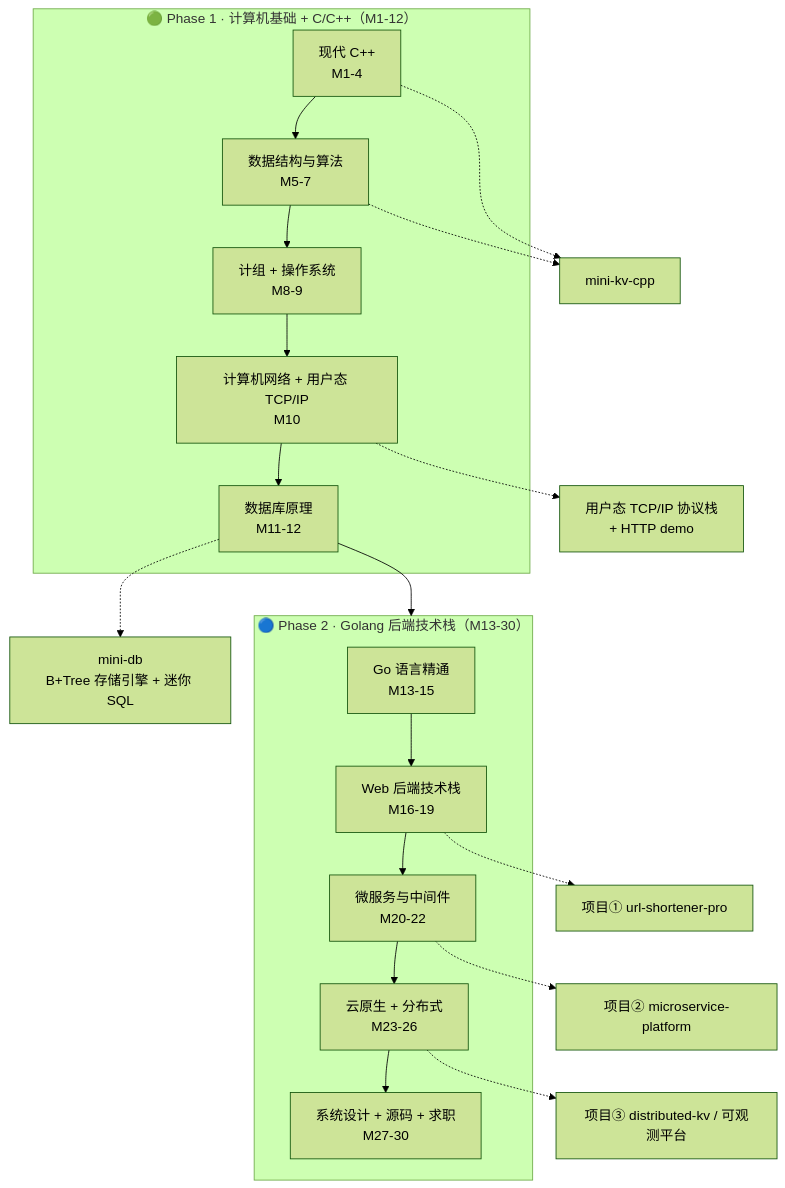
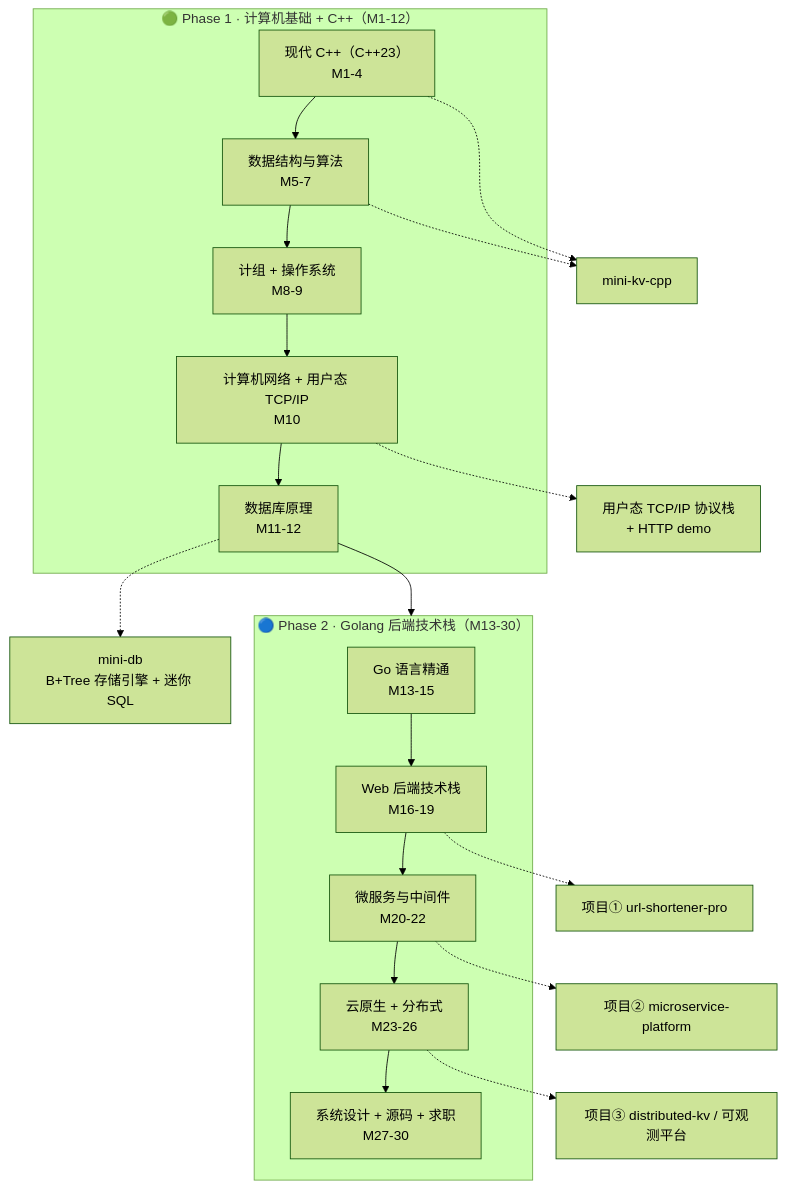
The diagram in README.md (duyupeng36/backend), drawn with Mermaid (forest theme) before and after one commit. The commit also changed other lines of this file and 3 other files, not shown here.

````diff
--- a/README.md
+++ b/README.md
@@ -3,36 +3,36 @@
 ```mermaid
 graph TD
-    subgraph P1["🟢 Phase 1 · 计算机基础 + C/C++（M1-12）"]
-        CPP["现代 C++<br/>M1-4"]
+    subgraph P1["🟢 Phase 1 · 计算机基础 + C++（M1-12）"]
+        CPP["现代 C++（C++23）<br/>M1-4"]
         DSA["数据结构与算法<br/>M5-7"]
         CORE["计组 + 操作系统<br/>M8-9"]
         NET["计算机网络 + 用户态 TCP/IP<br/>M10"]
         DB["数据库原理<br/>M11-12"]
         CPP --> DSA --> CORE --> NET --> DB
     end
 
     subgraph P2["🔵 Phase 2 · Golang 后端技术栈（M13-30）"]
         G1["Go 语言精通<br/>M13-15"]
         G2["Web 后端技术栈<br/>M16-19"]
         G3["微服务与中间件<br/>M20-22"]
         G4["云原生 + 分布式<br/>M23-26"]
         G5["系统设计 + 源码 + 求职<br/>M27-30"]
         G1 --> G2 --> G3 --> G4 --> G5
     end
 
     KV_CPP["mini-kv-cpp"]
     TCPIP["用户态 TCP/IP 协议栈<br/>+ HTTP demo"]
     MINIDB["mini-db<br/>B+Tree 存储引擎 + 迷你 SQL"]
     PROJ1["项目① url-shortener-pro"]
     PROJ2["项目② microservice-platform"]
     PROJ3["项目③ distributed-kv / 可观测平台"]
 
     DB --> P2
     CPP -.-> KV_CPP
     DSA -.-> KV_CPP
     NET -.-> TCPIP
     DB -.-> MINIDB
     G2 -.-> PROJ1
     G3 -.-> PROJ2
     G4 -.-> PROJ3
 ```
````
